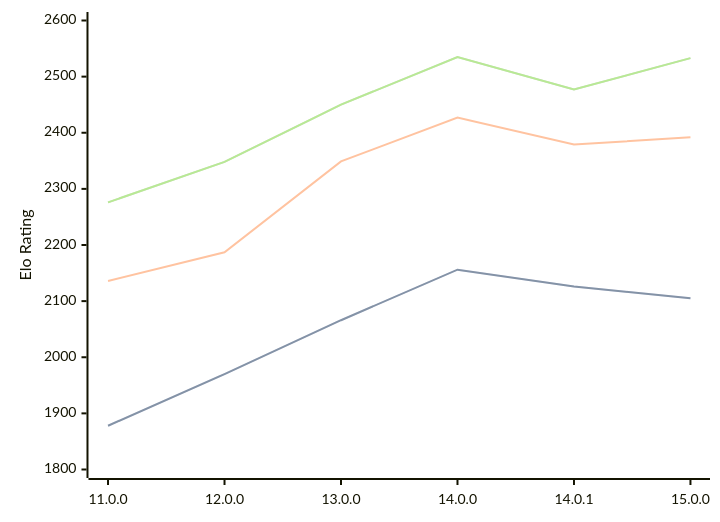
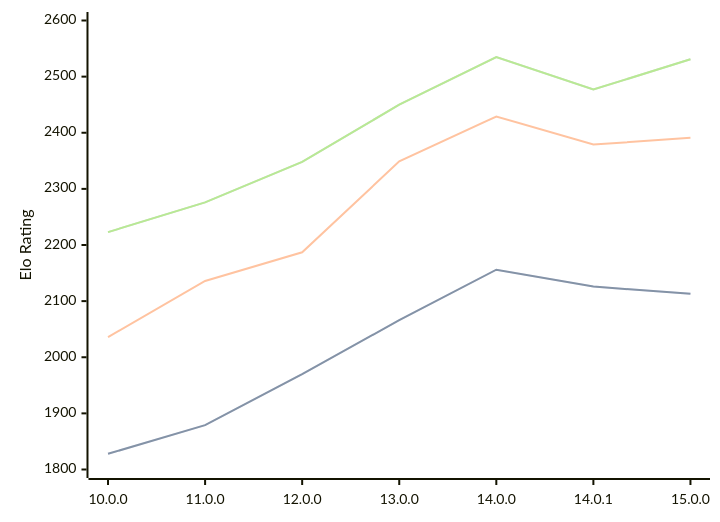
Before and after one commit to computer-chess-index/cci: the diagram in engines/Cepimetheus.md, drawn with Mermaid. The commit also changed other lines of this file, not shown here.

Commit message:
Update CCI Ratings (ELO VLTC) - 2026-08-20

````diff
--- a/engines/Cepimetheus.md
+++ b/engines/Cepimetheus.md
@@ -66,11 +66,11 @@
 ```mermaid
 %%{init: {"theme":"base","themeVariables":{"seriesColors:['#a3a3a3','#222221','#faa371']}}}%%
 xychart-beta
-  x-axis ["11.0.0", "12.0.0", "13.0.0", "14.0.0", "14.0.1", "15.0.0"]
+  x-axis ["10.0.0", "11.0.0", "12.0.0", "13.0.0", "14.0.0", "14.0.1", "15.0.0"]
   y-axis "Elo Rating" 1800 --> 2600
-  line "STC (8.0+0.08s)" [1878, 1970, 2066, 2156, 2126, 2105]
-  line "STC (8.0+0.08s)" [1878, 1970, 2066, 2156, 2126, 2105]
-  line "LTC (60.0+0.60s)" [2136, 2187, 2349, 2427, 2379, 2392]
-  line "VLTC (2m24s+1.12s)" [2276, 2348, 2450, 2535, 2477, 2533]
-  line "VLTC (2m24s+1.12s)" [2276, 2348, 2450, 2535, 2477, 2533]
+  line "STC (8.0+0.08s)" [1828, 1879, 1970, 2066, 2156, 2126, 2113]
+  line "STC (8.0+0.08s)" [1828, 1879, 1970, 2066, 2156, 2126, 2113]
+  line "LTC (60.0+0.60s)" [2036, 2136, 2187, 2349, 2429, 2379, 2391]
+  line "VLTC (2m24s+1.12s)" [2223, 2276, 2348, 2450, 2535, 2477, 2531]
+  line "VLTC (2m24s+1.12s)" [2223, 2276, 2348, 2450, 2535, 2477, 2531]
 ```
````
